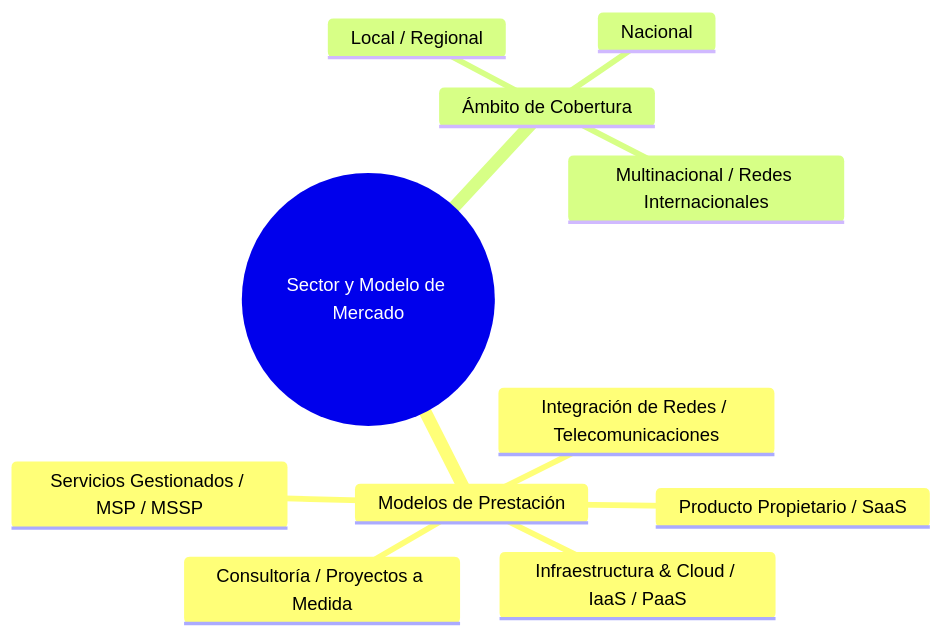
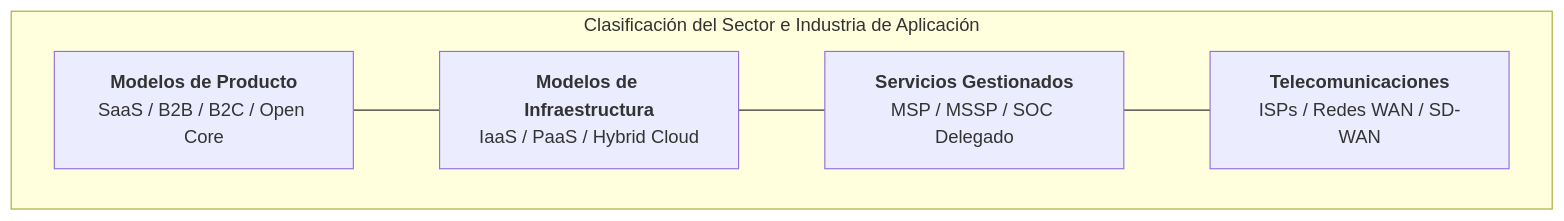
One commit to fencgut961/PI_26_27 changed the third of 13 diagrams in RA1.md. Above: the diagram before and after it, drawn with Mermaid. The commit also changed other lines of this file, not shown here.

````diff
--- a/RA1.md
+++ b/RA1.md
@@ -130,14 +122,9 @@
 ```mermaid
-mindmap
-  root((Sector y Modelo de Mercado))
-    Modelos de Prestación
-      Producto Propietario / SaaS
-      Infraestructura & Cloud / IaaS / PaaS
-      Servicios Gestionados / MSP / MSSP
-      Integración de Redes / Telecomunicaciones
-      Consultoría / Proyectos a Medida
-    Ámbito de Cobertura
-      Local / Regional
-      Nacional
-      Multinacional / Redes Internacionales
+flowchart LR
+    subgraph Sector_TIC [Clasificación del Sector e Industria de Aplicación]
+        direction LR
+        M1[<b>Modelos de Producto</b><br/>SaaS / B2B / B2C / Open Core] --- M2[<b>Modelos de Infraestructura</b><br/>IaaS / PaaS / Hybrid Cloud]
+        M2 --- M3[<b>Servicios Gestionados</b><br/>MSP / MSSP / SOC Delegado]
+        M3 --- M4[<b>Telecomunicaciones</b><br/>ISPs / Redes WAN / SD-WAN]
+    end
 ```
````
